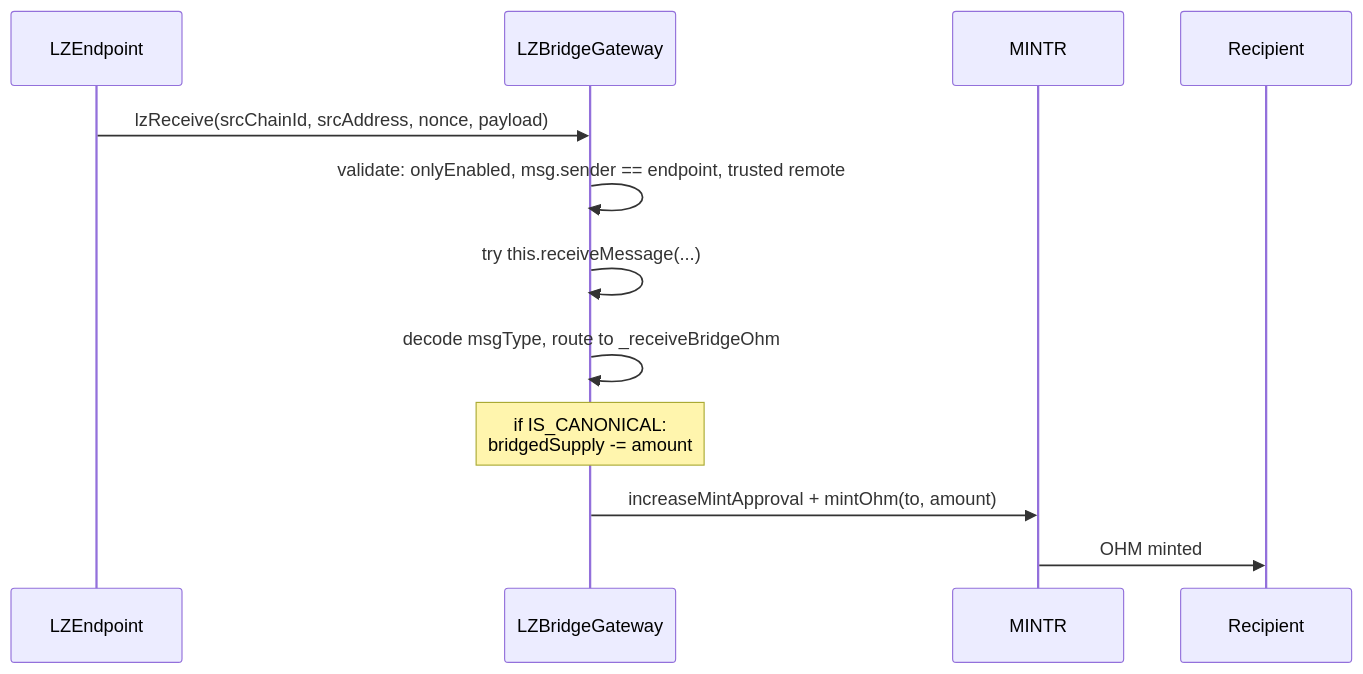
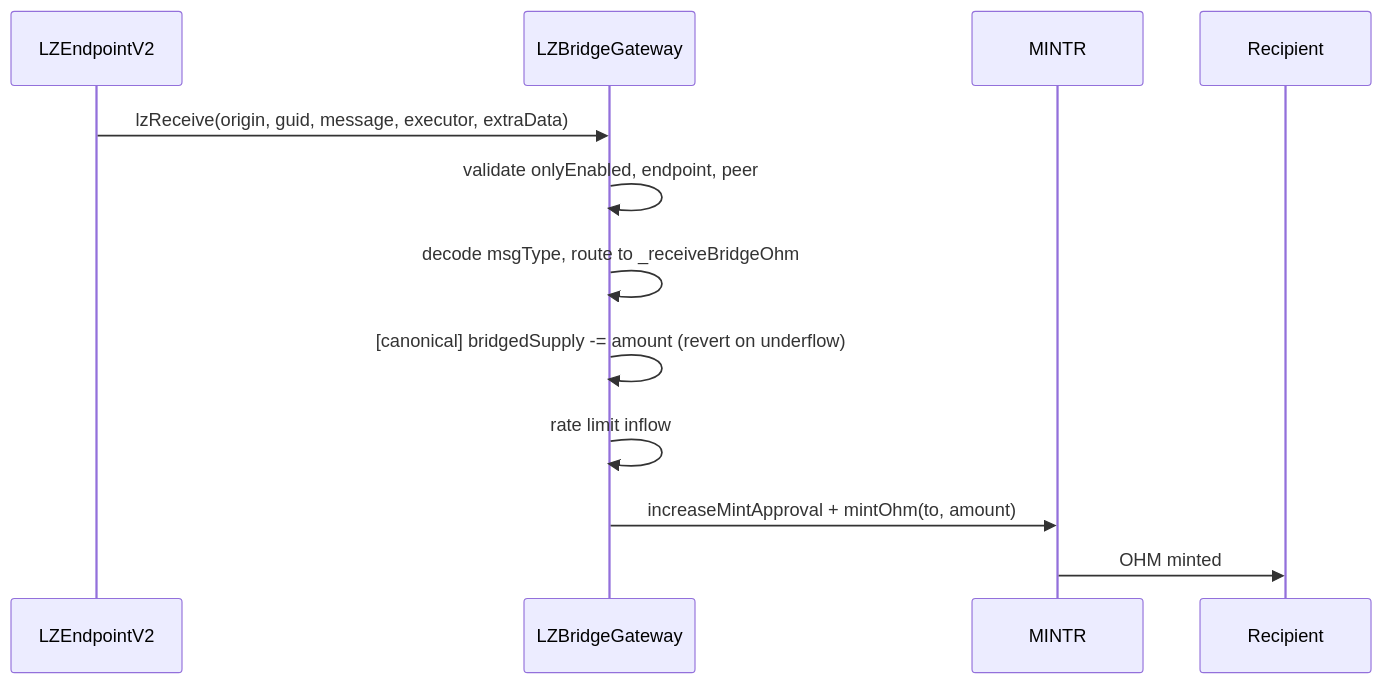
One commit to OlympusDAO/olympus-v3 changed the second of 2 diagrams in audit/2026-03_lz-bridge-upgrade/README.md. Above: the diagram before and after it, drawn with Mermaid. The commit also changed other lines of this file and 1 other file, not shown here.

````diff
--- a/audit/2026-03_lz-bridge-upgrade/README.md
+++ b/audit/2026-03_lz-bridge-upgrade/README.md
@@ -133,15 +139,15 @@
 ```mermaid
 sequenceDiagram
-    participant LZEndpoint
+    participant LZEndpointV2
     participant LZBridgeGateway
     participant MINTR
     participant Recipient
 
-    LZEndpoint->>LZBridgeGateway: lzReceive(srcChainId, srcAddress, nonce, payload)
-    LZBridgeGateway->>LZBridgeGateway: validate: onlyEnabled, msg.sender == endpoint, trusted remote
-    LZBridgeGateway->>LZBridgeGateway: try this.receiveMessage(...)
+    LZEndpointV2->>LZBridgeGateway: lzReceive(origin, guid, message, executor, extraData)
+    LZBridgeGateway->>LZBridgeGateway: validate onlyEnabled, endpoint, peer
     LZBridgeGateway->>LZBridgeGateway: decode msgType, route to _receiveBridgeOhm
-    Note over LZBridgeGateway: if IS_CANONICAL:<br/>bridgedSupply -= amount
+    LZBridgeGateway->>LZBridgeGateway: [canonical] bridgedSupply -= amount (revert on underflow)
+    LZBridgeGateway->>LZBridgeGateway: rate limit inflow
     LZBridgeGateway->>MINTR: increaseMintApproval + mintOhm(to, amount)
     MINTR->>Recipient: OHM minted
 ```
````
